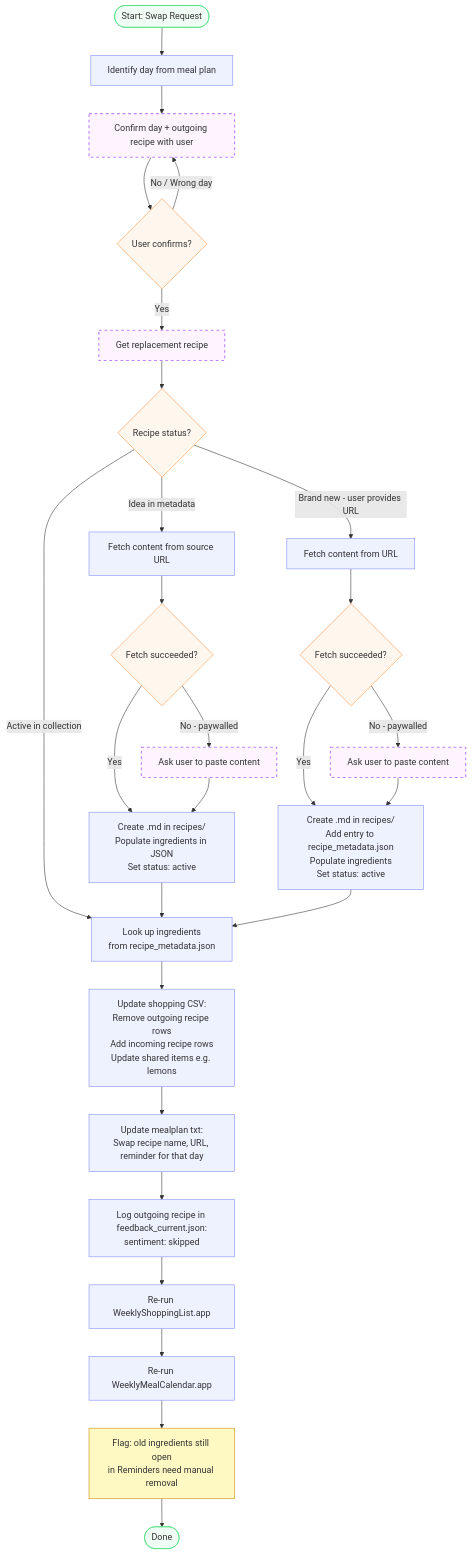
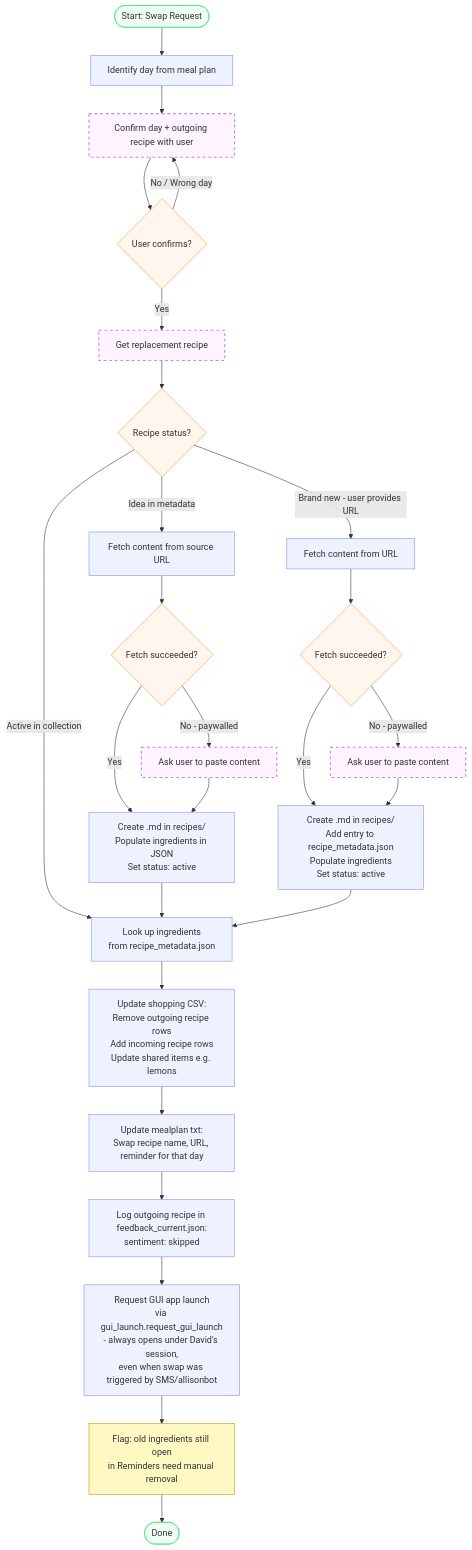
Before and after one commit to DavidMAllison/MenuBuilder: the diagram in docs/meal_swap_workflow.mmd, drawn with Mermaid. The commit also changed 6 other files, not shown here.

First line of the commit message:
Fix GUI automation apps launching under the wrong macOS account

```diff
--- a/docs/meal_swap_workflow.mmd
+++ b/docs/meal_swap_workflow.mmd
@@ -1,44 +1,43 @@
 flowchart TD
     A([Start: Swap Request]) --> B[Identify day from meal plan]
     B --> C[Confirm day + outgoing recipe with user]
     C --> D{User confirms?}
     D -->|No / Wrong day| C
     D -->|Yes| E[Get replacement recipe]
 
     E --> F{Recipe status?}
 
     F -->|Active in collection| G[Look up ingredients\nfrom recipe_metadata.json]
 
     F -->|Idea in metadata| H[Fetch content from source URL]
     H --> H2{Fetch succeeded?}
     H2 -->|Yes| H3[Create .md in recipes/\nPopulate ingredients in JSON\nSet status: active]
     H2 -->|No - paywalled| H4[Ask user to paste content]
     H4 --> H3
     H3 --> G
 
     F -->|Brand new - user provides URL| I[Fetch content from URL]
     I --> I2{Fetch succeeded?}
     I2 -->|Yes| I3[Create .md in recipes/\nAdd entry to recipe_metadata.json\nPopulate ingredients\nSet status: active]
     I2 -->|No - paywalled| I4[Ask user to paste content]
     I4 --> I3
     I3 --> G
 
     G --> J[Update shopping CSV:\nRemove outgoing recipe rows\nAdd incoming recipe rows\nUpdate shared items e.g. lemons]
     J --> K[Update mealplan txt:\nSwap recipe name, URL, reminder for that day]
     K --> L[Log outgoing recipe in feedback_current.json:\nsentiment: skipped]
-    L --> M[Re-run WeeklyShoppingList.app]
-    M --> N[Re-run WeeklyMealCalendar.app]
-    N --> O[Flag: old ingredients still open\nin Reminders need manual removal]
+    L --> M[Request GUI app launch\nvia gui_launch.request_gui_launch\n- always opens under David's session,\neven when swap was triggered by SMS/allisonbot]
+    M --> O[Flag: old ingredients still open\nin Reminders need manual removal]
     O --> P([Done])
 
     classDef startEnd fill:#f0fdf4,stroke:#4ade80
     classDef process fill:#eef2ff,stroke:#818cf8
     classDef decision fill:#fff7ed,stroke:#fb923c
     classDef warning fill:#fef9c3,stroke:#ca8a04
     classDef human fill:#fdf4ff,stroke:#c084fc,stroke-width:2px,stroke-dasharray:5 5
 
     class A,P startEnd
-    class B,G,H,H3,I,I3,J,K,L,M,N process
+    class B,G,H,H3,I,I3,J,K,L,M process
     class D,F,H2,I2 decision
     class O warning
     class C,E,H4,I4 human
```
